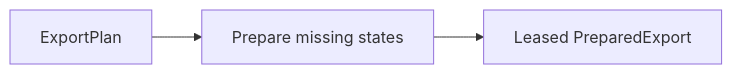
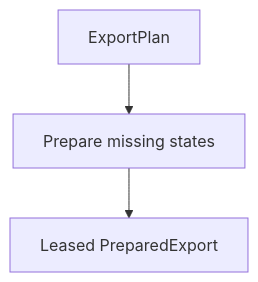
The diagram in docs/concepts/preparation-and-reuse.md (marimo-team/marimo-export), drawn with Mermaid before and after one commit. The commit also changed 7 other files, not shown here.

````diff
--- a/docs/concepts/preparation-and-reuse.md
+++ b/docs/concepts/preparation-and-reuse.md
@@ -49,8 +49,8 @@
 ```mermaid
-flowchart LR
+flowchart TD
     plan[ExportPlan]
     prepare[Prepare missing states]
     prepared[Leased PreparedExport]
 
     plan --> prepare --> prepared
 ```
````
